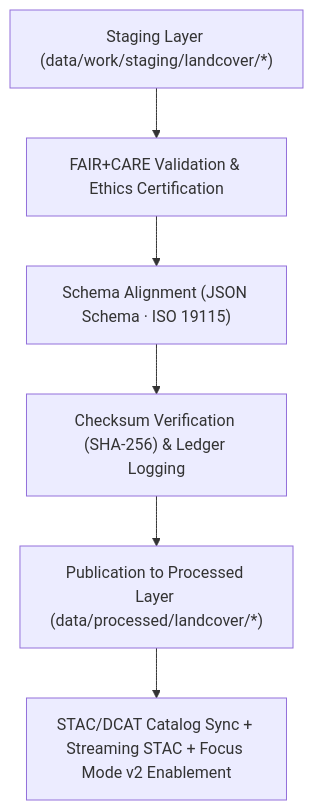
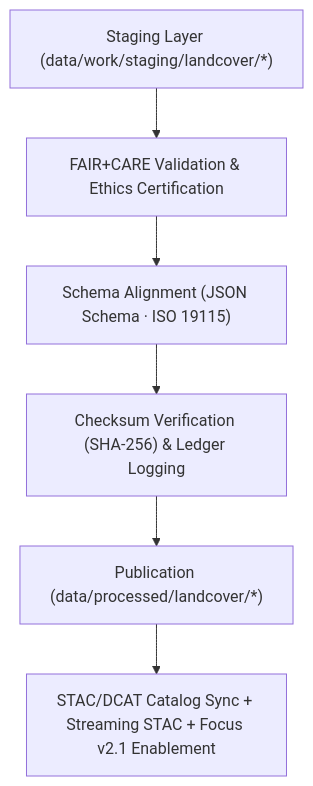
The diagram in data/processed/landcover/README.md (bartytime4life/Kansas-Frontier-Matrix), drawn with Mermaid before and after one commit. The commit also changed other lines of this file, not shown here.

````diff
--- a/data/processed/landcover/README.md
+++ b/data/processed/landcover/README.md
@@ -88,8 +89,8 @@
 ```mermaid
 flowchart TD
-    A["Staging Layer (data/work/staging/landcover/*)"] --> B["FAIR+CARE Validation & Ethics Certification"]
-    B --> C["Schema Alignment (JSON Schema · ISO 19115)"]
-    C --> D["Checksum Verification (SHA-256) & Ledger Logging"]
-    D --> E["Publication to Processed Layer (data/processed/landcover/*)"]
-    E --> F["STAC/DCAT Catalog Sync + Streaming STAC + Focus Mode v2 Enablement"]
+    STAGE["Staging Layer (data/work/staging/landcover/*)"] --> FAIR["FAIR+CARE Validation & Ethics Certification"]
+    FAIR --> SCHEMA["Schema Alignment (JSON Schema · ISO 19115)"]
+    SCHEMA --> CHECK["Checksum Verification (SHA-256) & Ledger Logging"]
+    CHECK --> PUB["Publication (data/processed/landcover/*)"]
+    PUB --> CATALOG["STAC/DCAT Catalog Sync + Streaming STAC + Focus v2.1 Enablement"]
 ```
````
